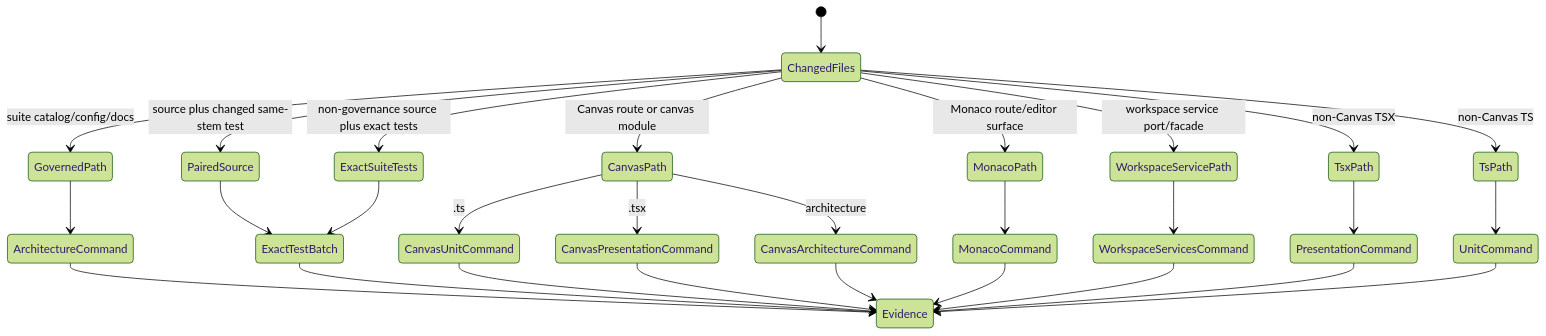
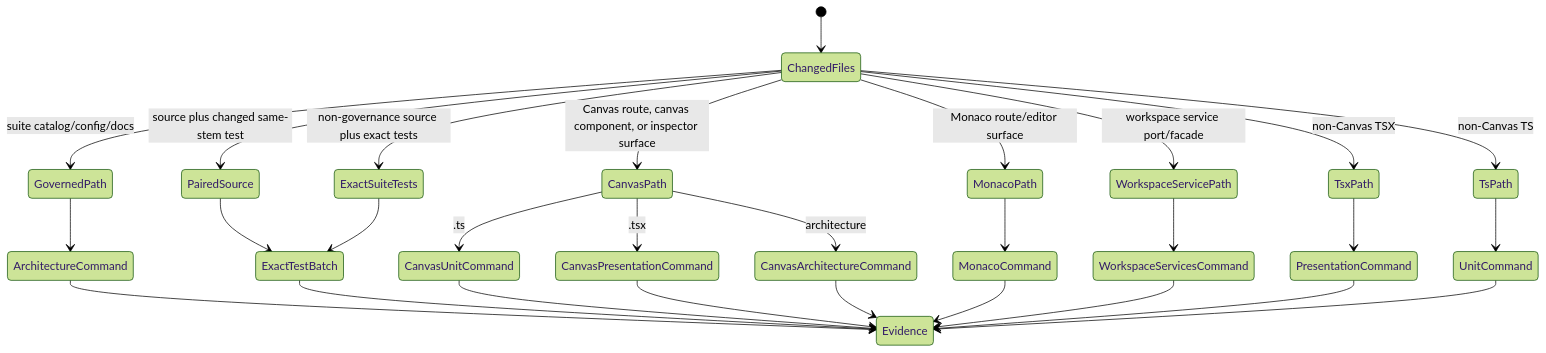
The first of 2 diagrams in docs/architecture/components/web/web-vitest-changed-suite-router-component.md (dunay2/dvt), drawn with Mermaid (forest theme) before and after one commit. The commit also changed other lines of this file and 3 other files, not shown here.

````diff
--- a/docs/architecture/components/web/web-vitest-changed-suite-router-component.md
+++ b/docs/architecture/components/web/web-vitest-changed-suite-router-component.md
@@ -76,31 +82,31 @@
 ```mermaid
 stateDiagram-v2
   [*] --> ChangedFiles
   ChangedFiles --> GovernedPath: suite catalog/config/docs
   ChangedFiles --> PairedSource: source plus changed same-stem test
   ChangedFiles --> ExactSuiteTests: non-governance source plus exact tests
-  ChangedFiles --> CanvasPath: Canvas route or canvas module
+  ChangedFiles --> CanvasPath: Canvas route, canvas component, or inspector surface
   ChangedFiles --> MonacoPath: Monaco route/editor surface
   ChangedFiles --> WorkspaceServicePath: workspace service port/facade
   ChangedFiles --> TsxPath: non-Canvas TSX
   ChangedFiles --> TsPath: non-Canvas TS
   GovernedPath --> ArchitectureCommand
   PairedSource --> ExactTestBatch
   ExactSuiteTests --> ExactTestBatch
   CanvasPath --> CanvasUnitCommand: .ts
   CanvasPath --> CanvasPresentationCommand: .tsx
   CanvasPath --> CanvasArchitectureCommand: architecture
   MonacoPath --> MonacoCommand
   WorkspaceServicePath --> WorkspaceServicesCommand
   TsxPath --> PresentationCommand
   TsPath --> UnitCommand
   ArchitectureCommand --> Evidence
   ExactTestBatch --> Evidence
   CanvasUnitCommand --> Evidence
   CanvasPresentationCommand --> Evidence
   CanvasArchitectureCommand --> Evidence
   MonacoCommand --> Evidence
   WorkspaceServicesCommand --> Evidence
   PresentationCommand --> Evidence
   UnitCommand --> Evidence
 ```
````
